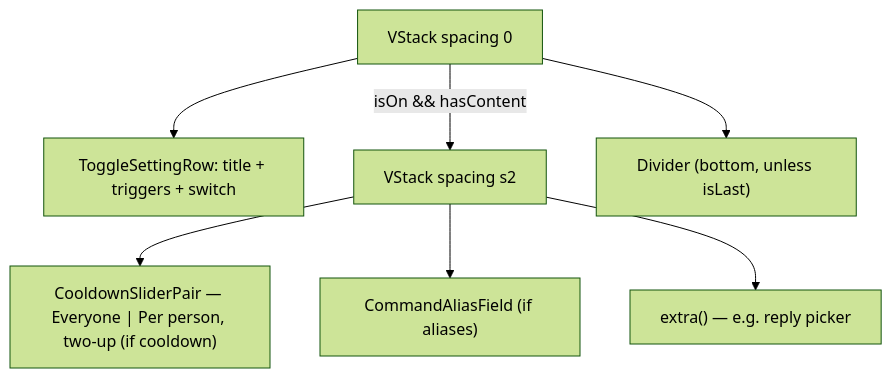
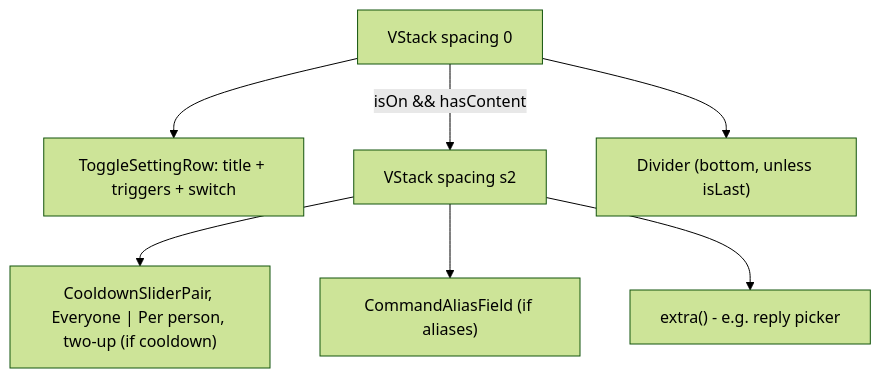
One commit to MrDemonWolf/WolfWave changed the diagram in design-system/components/command-setting-row.md. Above: the diagram before and after it, drawn with Mermaid (forest theme). The commit also changed other lines of this file and 152 other files, not shown here.

````diff
--- a/design-system/components/command-setting-row.md
+++ b/design-system/components/command-setting-row.md
@@ -52,9 +52,9 @@
 ```mermaid
 flowchart TD
   Row[VStack spacing 0] --> Toggle[ToggleSettingRow: title + triggers + switch]
   Row -->|isOn && hasContent| Details[VStack spacing s2]
-  Details --> CD["CooldownSliderPair — Everyone | Per person, two-up (if cooldown)"]
+  Details --> CD["CooldownSliderPair, Everyone | Per person, two-up (if cooldown)"]
   Details --> Alias["CommandAliasField (if aliases)"]
-  Details --> Extra["extra() — e.g. reply picker"]
+  Details --> Extra["extra() - e.g. reply picker"]
   Row --> Divider["Divider (bottom, unless isLast)"]
 ```
````
